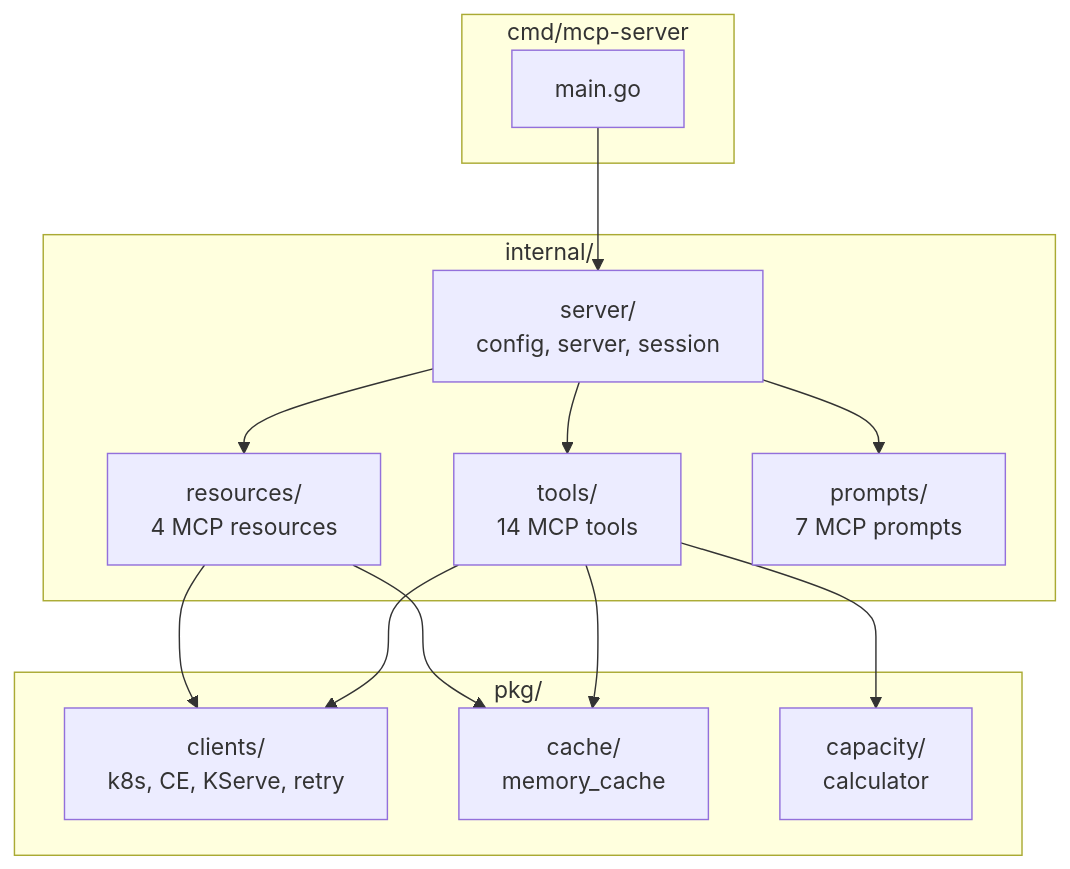
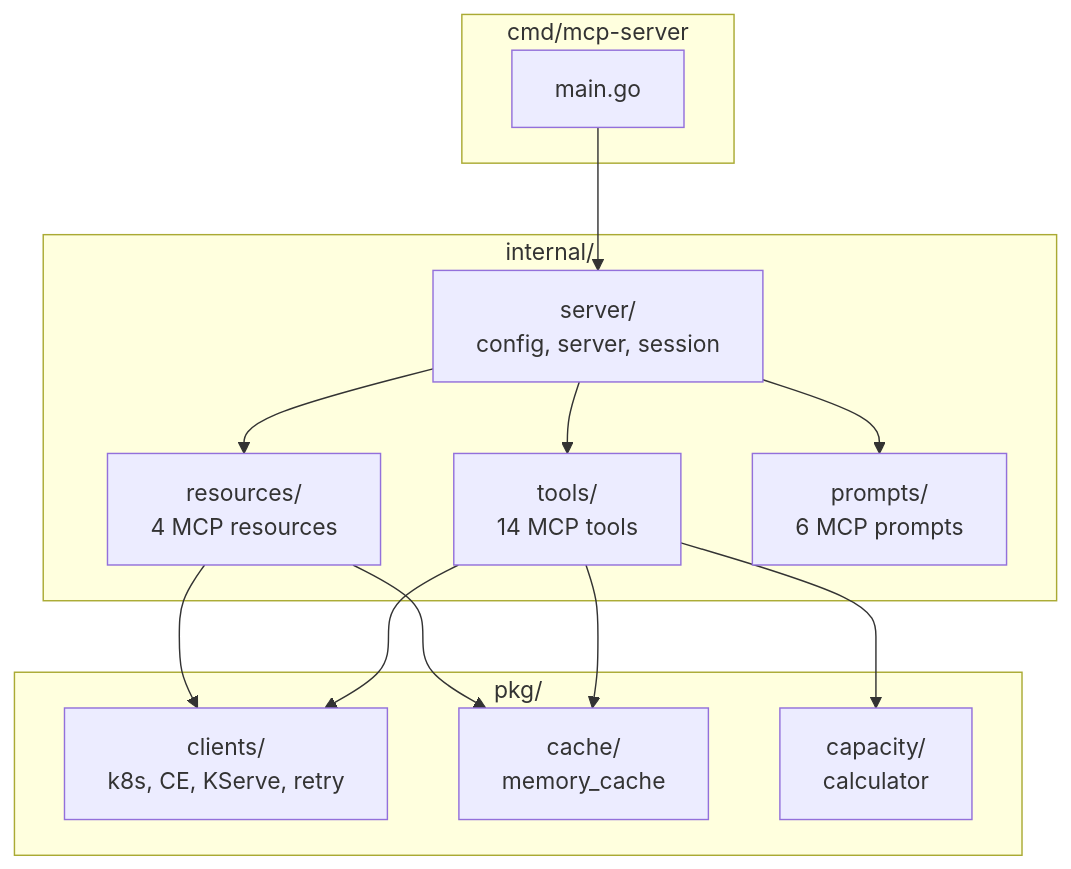
The second of 6 diagrams in DESIGN_DOC.md (KubeHeal/openshift-cluster-health-mcp), drawn with Mermaid before and after one commit. The commit also changed other lines of this file and 5 other files, not shown here.

````diff
--- a/DESIGN_DOC.md
+++ b/DESIGN_DOC.md
@@ -138,29 +138,29 @@
 ```mermaid
 flowchart TB
   subgraph cmd ["cmd/mcp-server"]
     main["main.go"]
   end
 
   subgraph internalPkg ["internal/"]
     server["server/\nconfig, server, session"]
     toolsPkg["tools/\n14 MCP tools"]
     resourcesPkg["resources/\n4 MCP resources"]
-    promptsPkg["prompts/\n7 MCP prompts"]
+    promptsPkg["prompts/\n6 MCP prompts"]
   end
 
   subgraph pkgLayer ["pkg/"]
     clients["clients/\nk8s, CE, KServe, retry"]
     cachePkg["cache/\nmemory_cache"]
     capacity["capacity/\ncalculator"]
   end
 
   main --> server
   server --> toolsPkg
   server --> resourcesPkg
   server --> promptsPkg
   toolsPkg --> clients
   toolsPkg --> cachePkg
   toolsPkg --> capacity
   resourcesPkg --> clients
   resourcesPkg --> cachePkg
 ```
````
